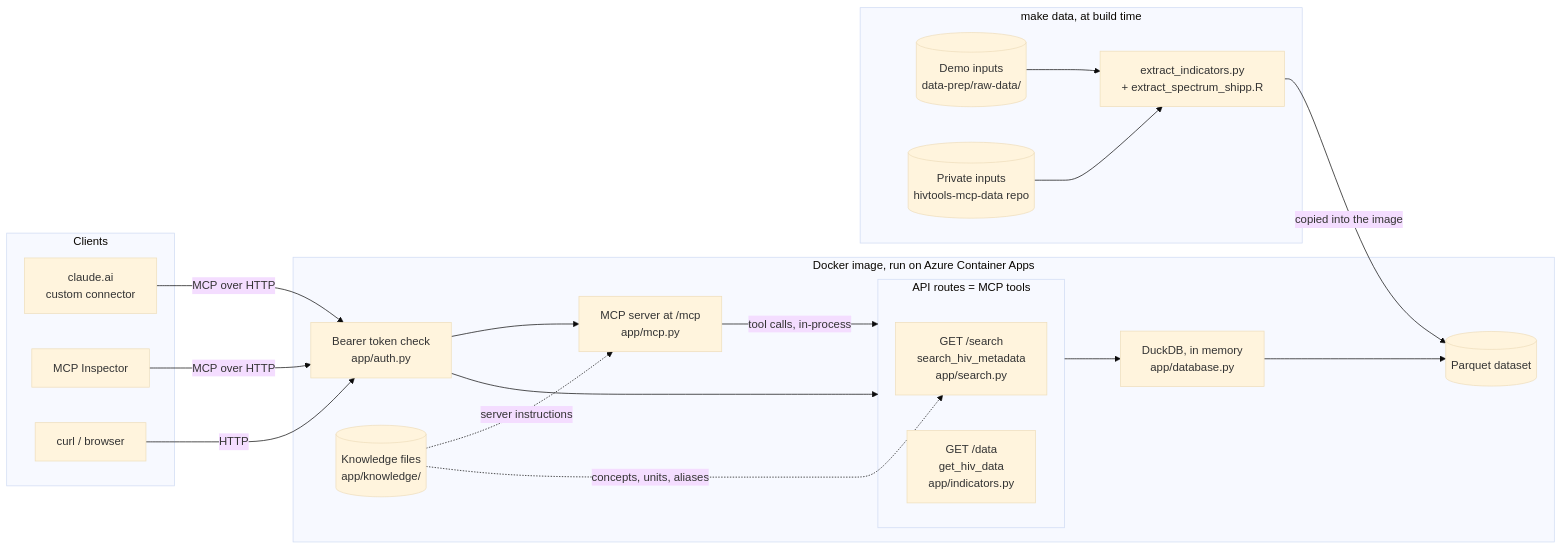
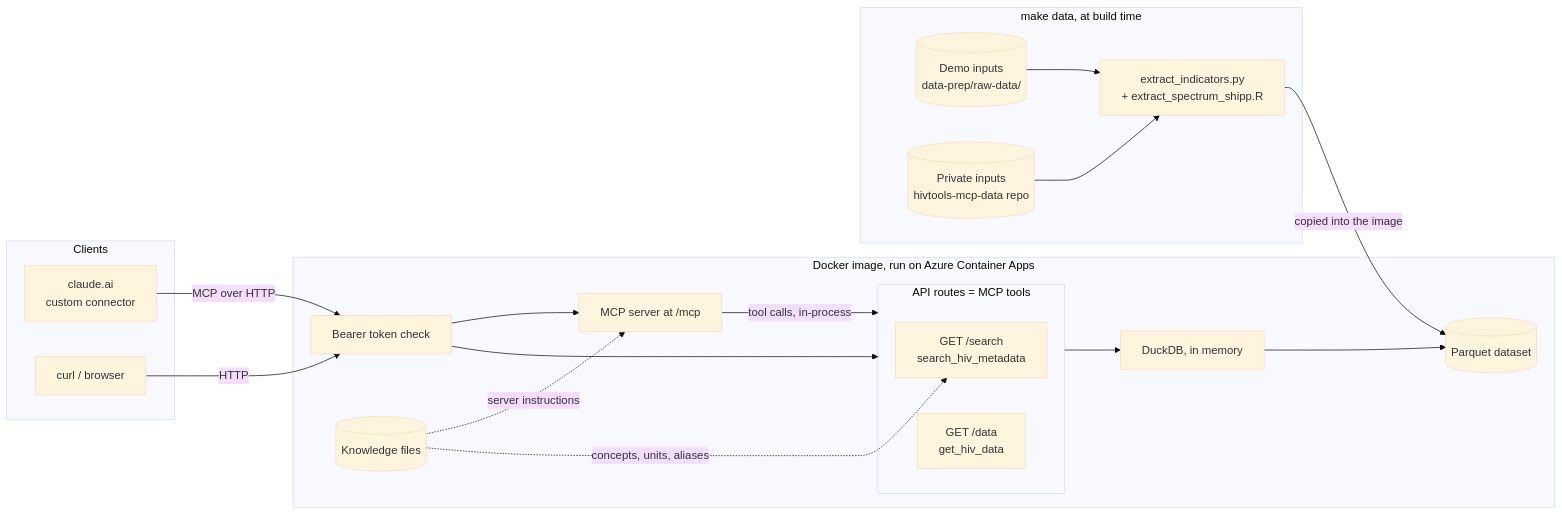
One commit to hivtools/hivtools-mcp changed the first of 2 diagrams in README.md. Above: the diagram before and after it, drawn with Mermaid (base theme). The commit also changed 12 other files, not shown here.

````diff
--- a/README.md
+++ b/README.md
@@ -28,40 +28,38 @@
 ```mermaid
 flowchart LR
     subgraph clients["Clients"]
         claude["claude.ai<br/>custom connector"]
-        inspector["MCP Inspector"]
         curl["curl / browser"]
     end
 
     subgraph image["Docker image, run on Azure Container Apps"]
-        auth["Bearer token check<br/>app/auth.py"]
-        mcp["MCP server at /mcp<br/>app/mcp.py"]
-        knowledge[("Knowledge files<br/>app/knowledge/")]
+        auth["Bearer token check"]
+        mcp["MCP server at /mcp"]
+        knowledge[("Knowledge files")]
         subgraph routes["API routes = MCP tools"]
-            search["GET /search<br/>search_hiv_metadata<br/>app/search.py"]
-            data["GET /data<br/>get_hiv_data<br/>app/indicators.py"]
+            search["GET /search<br/>search_hiv_metadata"]
+            data["GET /data<br/>get_hiv_data"]
         end
-        duckdb["DuckDB, in memory<br/>app/database.py"]
+        duckdb["DuckDB, in memory"]
         parquet[("Parquet dataset")]
 
         auth --> mcp
         auth --> routes
         mcp -- "tool calls, in-process" --> routes
         knowledge -. "server instructions" .-> mcp
         knowledge -. "concepts, units, aliases" .-> search
         routes --> duckdb --> parquet
     end
 
     subgraph build["make data, at build time"]
         demo[("Demo inputs<br/>data-prep/raw-data/")]
         private[("Private inputs<br/>hivtools-mcp-data repo")]
         extract["extract_indicators.py<br/>+ extract_spectrum_shipp.R"]
         demo --> extract
         private --> extract
     end
 
     claude -- "MCP over HTTP" --> auth
-    inspector -- "MCP over HTTP" --> auth
     curl -- "HTTP" --> auth
     extract -- "copied into the image" --> parquet
 ```
````
